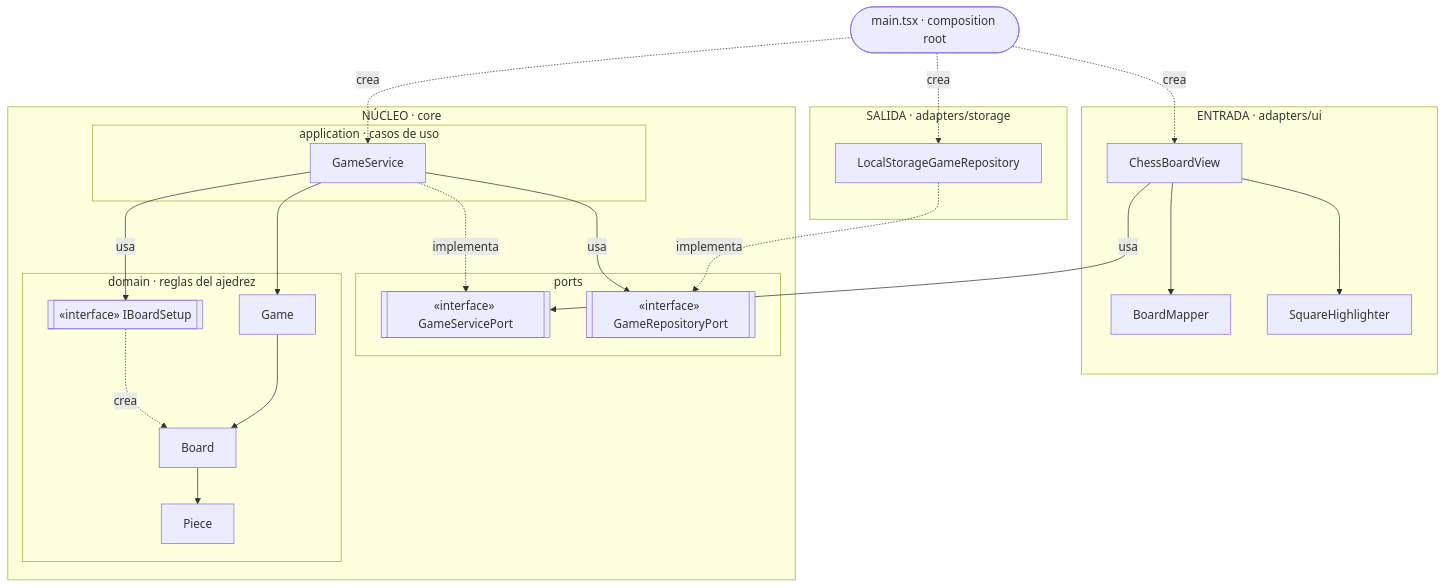
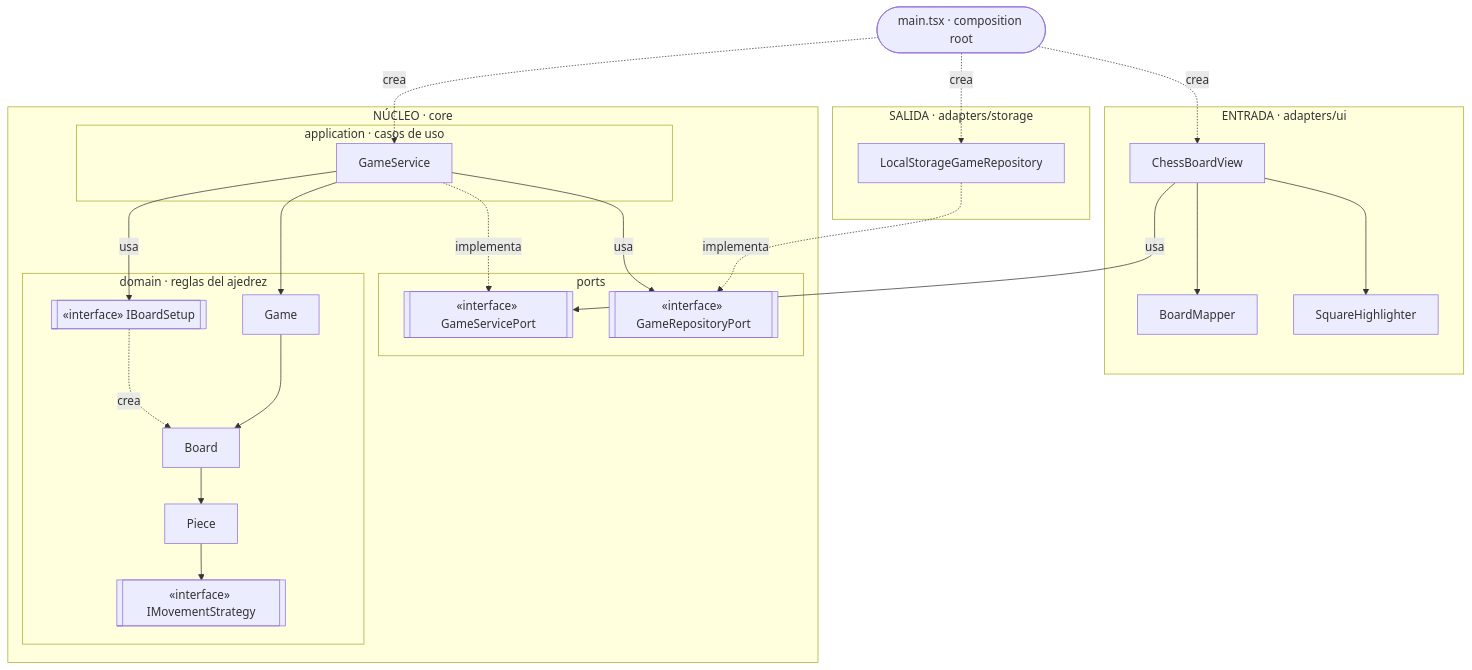
Before and after one commit to G-Mazzeo/ajedrez_tp_inge_software: the first of 3 diagrams in docs/diagrama-clases.md, drawn with Mermaid. The commit also changed other lines of this file and 18 other files, not shown here.

````diff
--- a/docs/diagrama-clases.md
+++ b/docs/diagrama-clases.md
@@ -7,42 +7,42 @@
 ```mermaid
 flowchart TB
   Main(["main.tsx · composition root"])
 
   subgraph UI["ENTRADA · adapters/ui"]
     View["ChessBoardView"]
     Mapper["BoardMapper"]
     Highlighter["SquareHighlighter"]
   end
 
   subgraph STORAGE["SALIDA · adapters/storage"]
     Repo["LocalStorageGameRepository"]
   end
 
   subgraph CORE["NÚCLEO · core"]
     subgraph PORTS["ports"]
       InPort[["«interface» GameServicePort"]]
       OutPort[["«interface» GameRepositoryPort"]]
     end
     subgraph APP["application · casos de uso"]
       Service["GameService"]
     end
     subgraph DOMAIN["domain · reglas del ajedrez"]
-      Game["Game"] --> Board["Board"] --> Piece["Piece"]
+      Game["Game"] --> Board["Board"] --> Piece["Piece"] --> Movement[["«interface» IMovementStrategy"]]
       Setup[["«interface» IBoardSetup"]] -.->|crea| Board
     end
   end
 
   Main -.->|crea| View
   Main -.->|crea| Repo
   Main -.->|crea| Service
 
   View -->|usa| InPort
   View --> Mapper
   View --> Highlighter
   Repo -.->|implementa| OutPort
 
   Service -.->|implementa| InPort
   Service -->|usa| OutPort
   Service --> Game
   Service -->|usa| Setup
 ```
````
